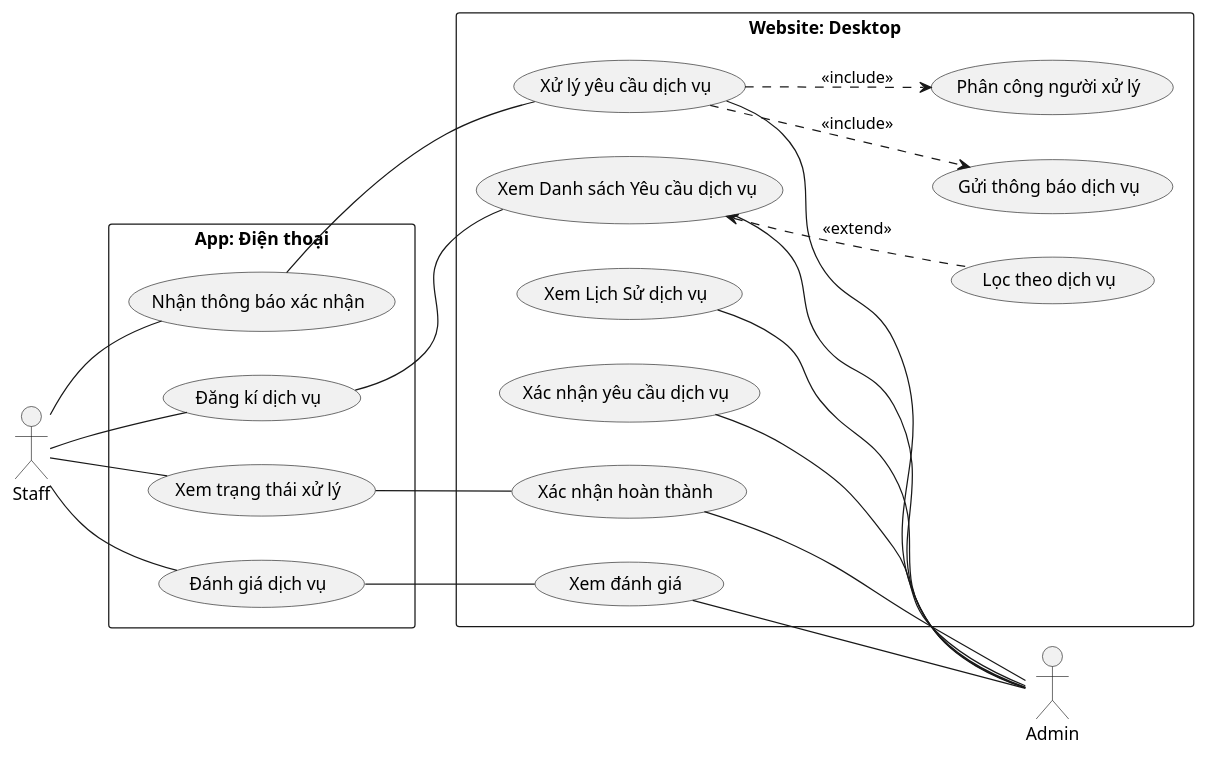
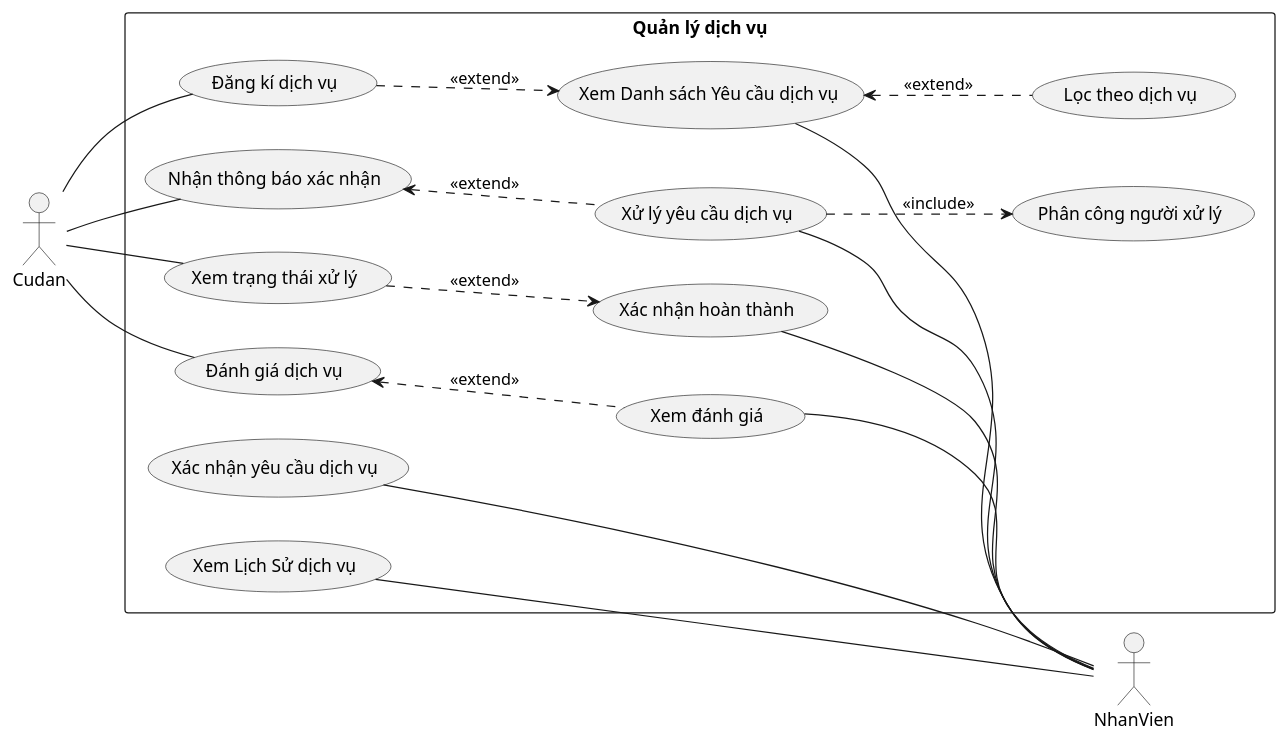
Before and after one commit to QuickyBooster/SE357-Pratice-class: the diagram in Lab1/Lab1.2/Usecase/Quản lý dịch vụ.plantuml, drawn with PlantUML. The commit also changed 2 other files, not shown here.

```diff
--- a/Lab1/Lab1.2/Usecase/Quản lý dịch vụ.plantuml
+++ b/Lab1/Lab1.2/Usecase/Quản lý dịch vụ.plantuml
@@ -1,44 +1,39 @@
 @startuml
 left to right direction
 
-actor Admin as A
-actor Staff as S
-rectangle "Website: Desktop" {
+actor NhanVien as A
+actor Cudan as S
+rectangle "Quản lý dịch vụ" {
   usecase (Xem Danh sách Yêu cầu dịch vụ) as UC1
    (UC1)<..(Lọc theo dịch vụ):<<extend>>
   usecase (Xác nhận yêu cầu dịch vụ) as UC2
   usecase (Xử lý yêu cầu dịch vụ) as UC3
-       (UC3)..>(Gửi thông báo dịch vụ):<<include>>
       (UC3)..>(Phân công người xử lý):<<include>>
   usecase (Xác nhận hoàn thành) as UC4
 usecase (Xem đánh giá) as UC5
     usecase (Xem Lịch Sử dịch vụ) as UC6
-
-}
-
-rectangle "App: Điện thoại" {
   usecase "Đăng kí dịch vụ" as UC7
   usecase "Nhận thông báo xác nhận" as UC8
   usecase "Xem trạng thái xử lý" as UC9
   usecase "Đánh giá dịch vụ" as UC10
   
 }
 
 UC1 -- A
 UC2 -- A
 UC3 -- A
 UC4 -- A
 UC5 -- A
 UC6 -- A
 S -- UC7 
 S -- UC8 
 S -- UC9
 S -- UC10 
-UC7 -- UC1
-UC8 -- UC3
-UC9 -- UC4
-UC10 -- UC5
+UC7 ..> UC1:<<extend>>
+UC8 <.. UC3: <<extend>>
+UC9 ..> UC4 :<<extend>>
+UC10 <.. UC5 :<<extend>>
 
 
 
 @enduml
```
